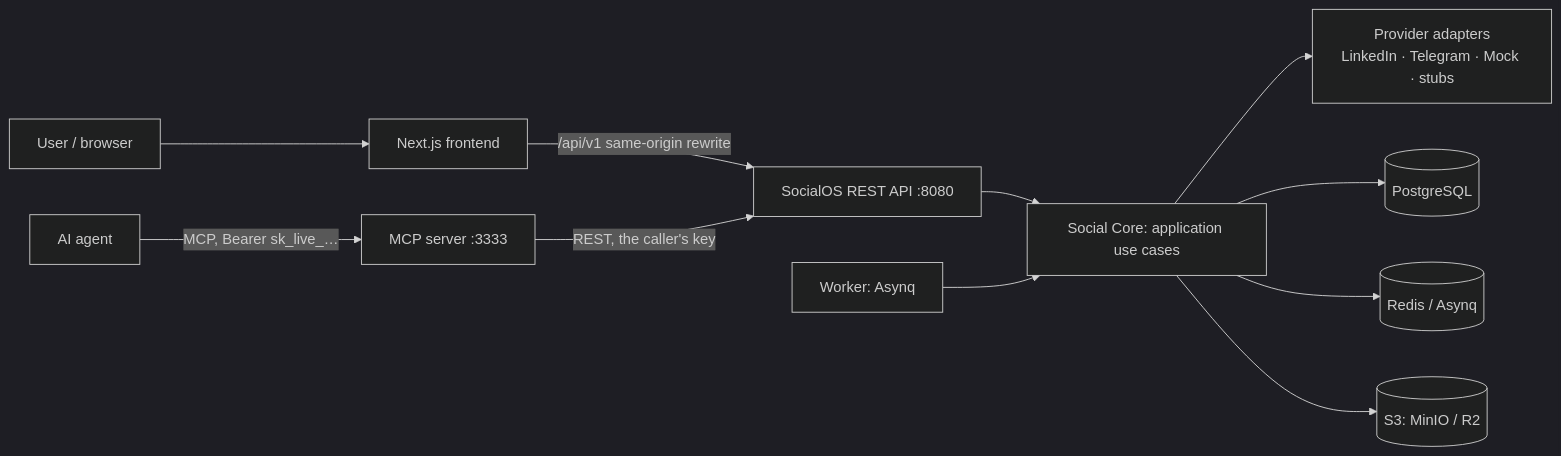
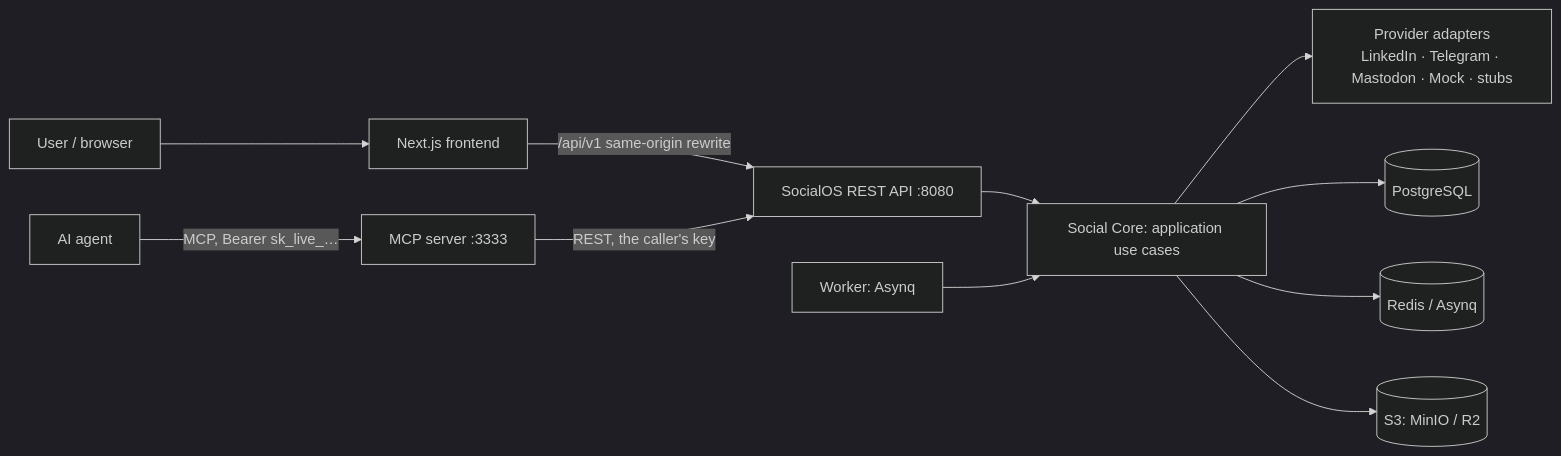
One commit to XXX1694/SMSI changed the diagram in README.md. Above: the diagram before and after it, drawn with Mermaid (dark theme). The commit also changed other lines of this file and 14 other files, not shown here.

````diff
--- a/README.md
+++ b/README.md
@@ -24,13 +24,13 @@
 ```mermaid
 flowchart LR
   U[User / browser] --> FE[Next.js frontend]
   A[AI agent] -->|MCP, Bearer sk_live_…| MCP[MCP server :3333]
   FE -->|/api/v1 same-origin rewrite| API[SocialOS REST API :8080]
   MCP -->|REST, the caller's key| API
   API --> CORE[Social Core: application use cases]
   W[Worker: Asynq] --> CORE
-  CORE --> AD[Provider adapters<br/>LinkedIn · Telegram · Mock · stubs]
+  CORE --> AD[Provider adapters<br/>LinkedIn · Telegram · Mastodon · Mock · stubs]
   CORE --> PG[(PostgreSQL)]
   CORE --> R[(Redis / Asynq)]
   CORE --> S3[(S3: MinIO / R2)]
 ```
````
